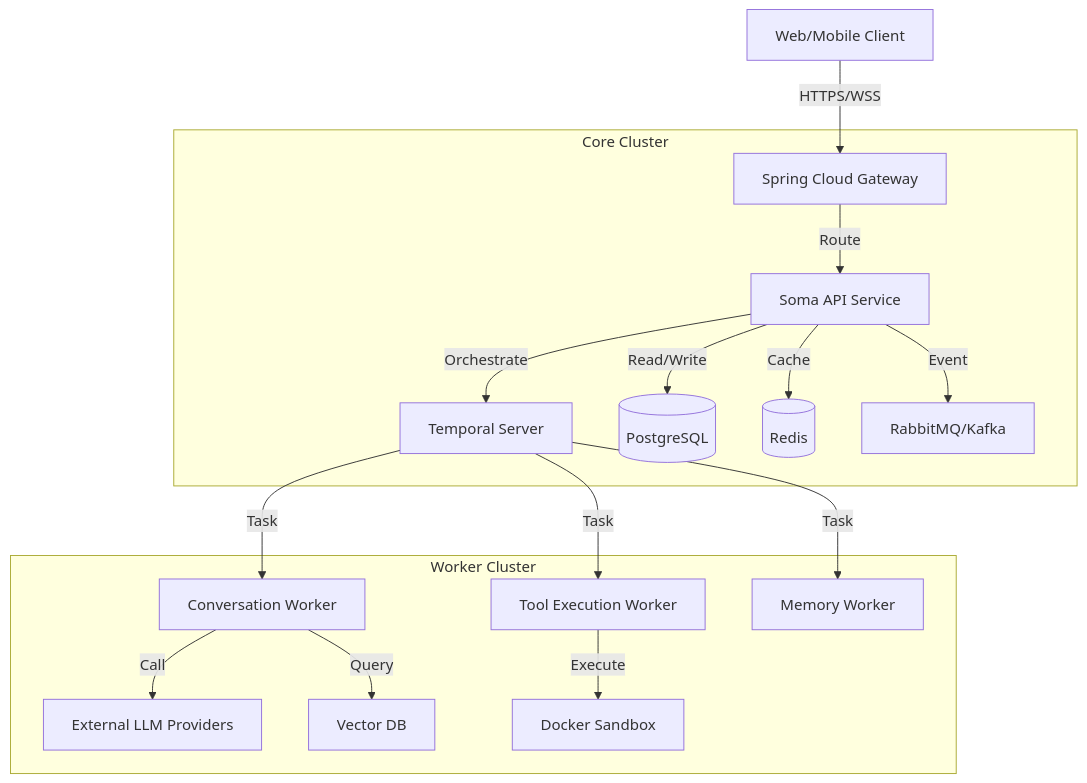
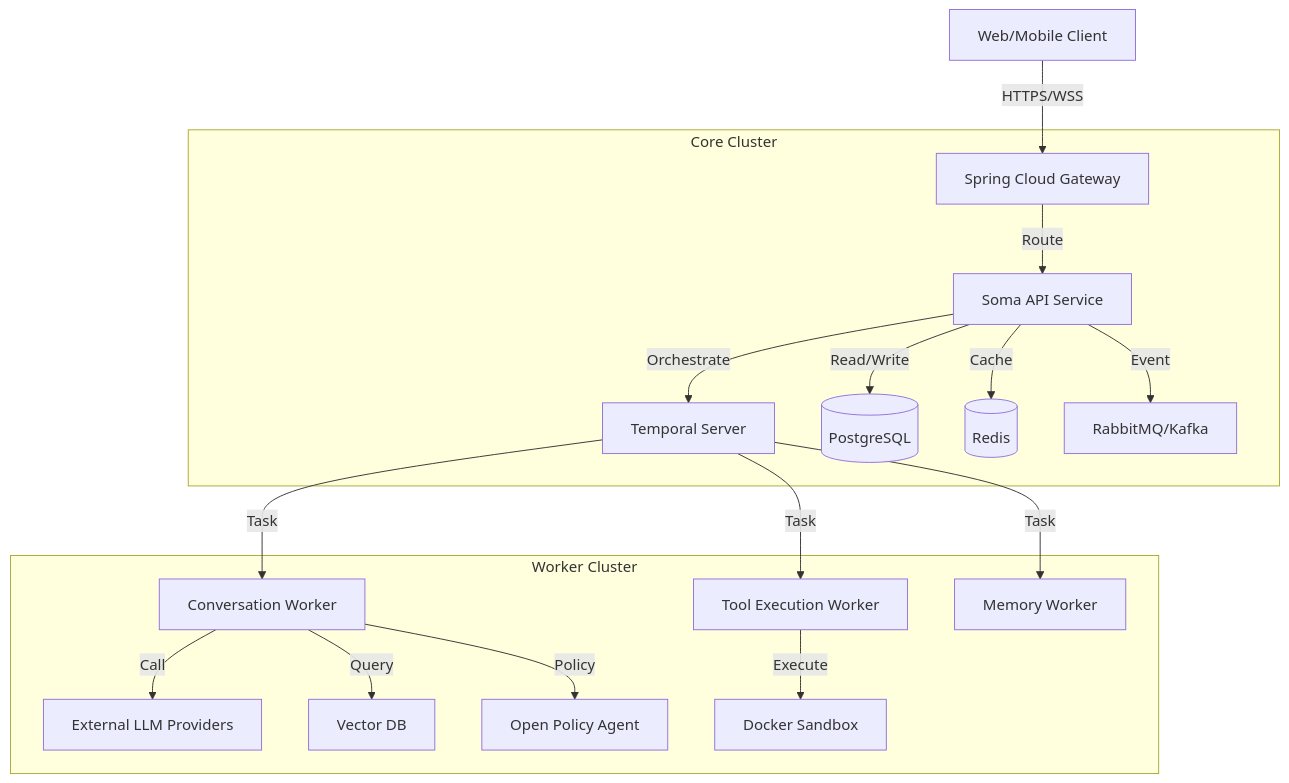
Before and after one commit to somatechlat/somaagent01: the diagram in SRS.md, drawn with Mermaid. The commit also changed other lines of this file, not shown here.

````diff
--- a/SRS.md
+++ b/SRS.md
@@ -36,24 +36,25 @@
 ```mermaid
 graph TD
     Client[Web/Mobile Client] -->|HTTPS/WSS| Gateway[Spring Cloud Gateway]
 
     subgraph "Core Cluster"
         Gateway -->|Route| API[Soma API Service]
         API -->|Orchestrate| Temporal[Temporal Server]
 
         API -->|Read/Write| DB[(PostgreSQL)]
         API -->|Cache| Redis[(Redis)]
         API -->|Event| Broker[RabbitMQ/Kafka]
     end
 
     subgraph "Worker Cluster"
         Temporal -->|Task| W_Conv[Conversation Worker]
         Temporal -->|Task| W_Tool[Tool Execution Worker]
         Temporal -->|Task| W_Mem[Memory Worker]
 
         W_Conv -->|Call| LLM[External LLM Providers]
         W_Conv -->|Query| Vector[Vector DB]
+        W_Conv -->|Policy| OPA[Open Policy Agent]
 
         W_Tool -->|Execute| Sandbox[Docker Sandbox]
     end
 ```
````
